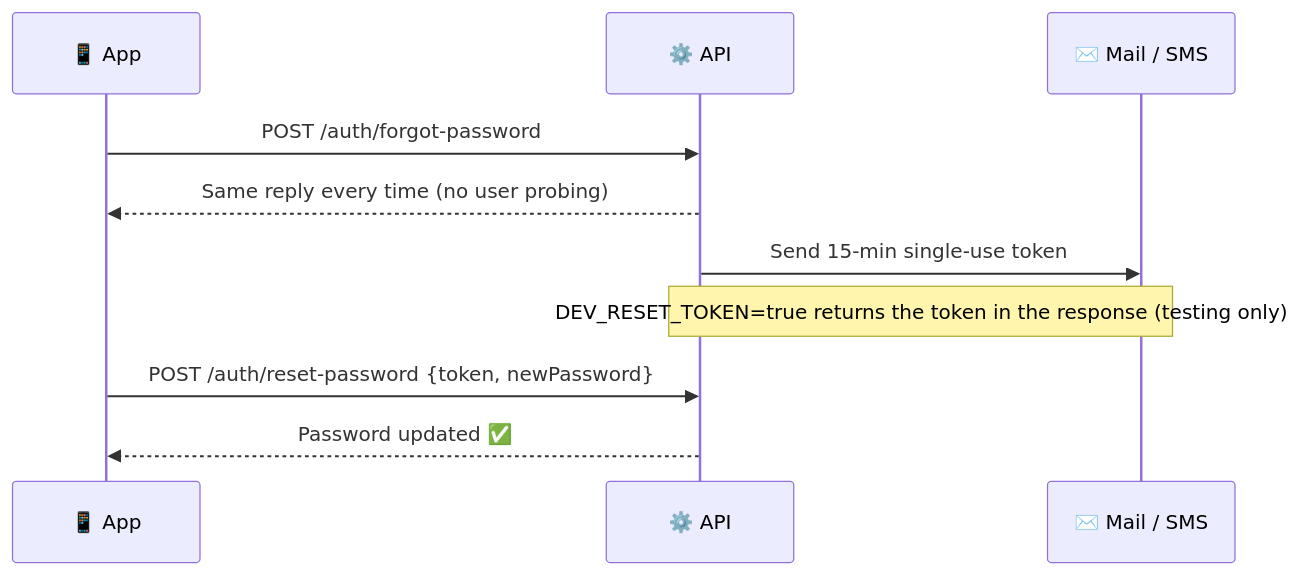
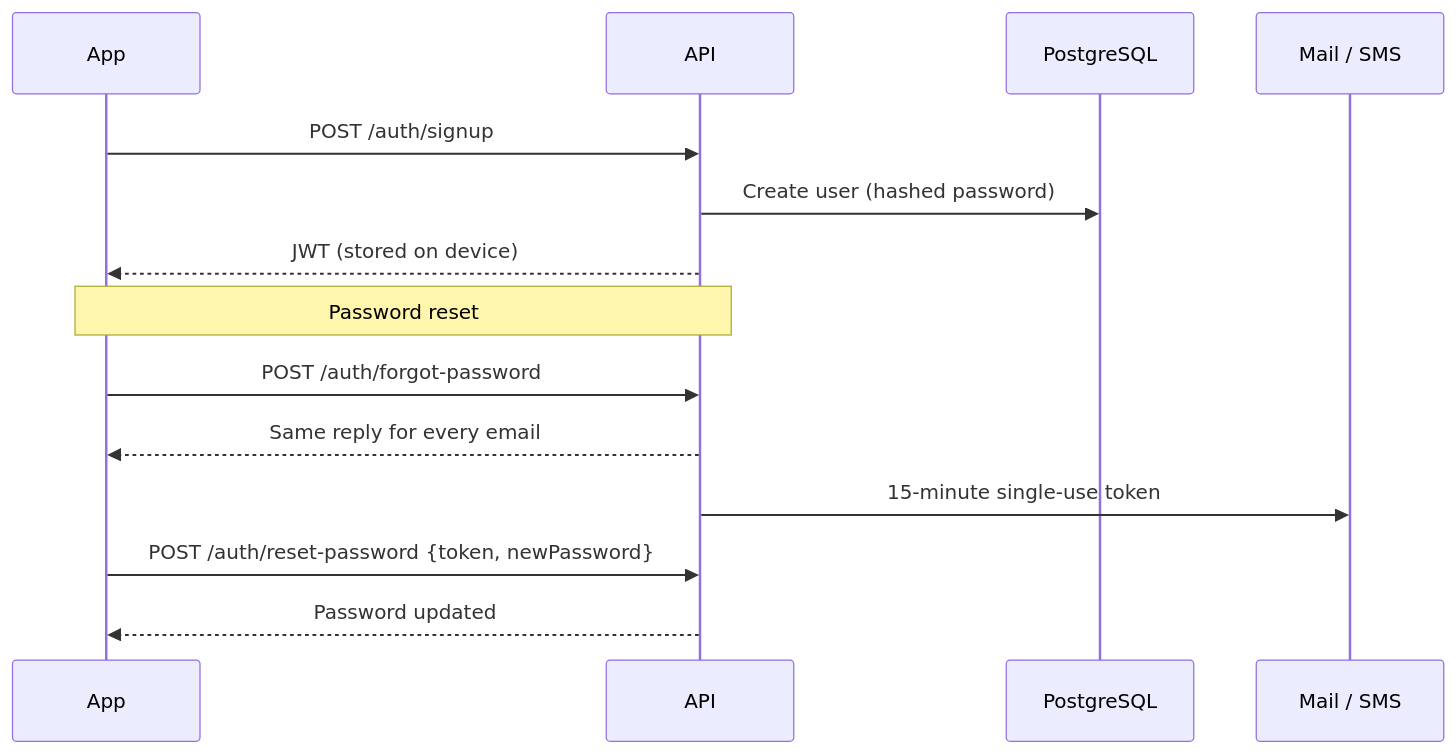
One commit to nyctophile-man/Sarvayuh changed the first of 5 diagrams in README.md. Above: the diagram before and after it, drawn with Mermaid. The commit also changed other lines of this file, not shown here.

````diff
--- a/README.md
+++ b/README.md
@@ -211,13 +124,18 @@
 ```mermaid
 sequenceDiagram
-    participant App as 📱 App
-    participant API as ⚙️ API
-    participant Mail as ✉️ Mail / SMS
+    participant App
+    participant API
+    participant DB as PostgreSQL
+    participant Mail as Mail / SMS
 
+    App->>API: POST /auth/signup
+    API->>DB: Create user (hashed password)
+    API-->>App: JWT (stored on device)
+
+    Note over App,API: Password reset
     App->>API: POST /auth/forgot-password
-    API-->>App: Same reply every time (no user probing)
-    API->>Mail: Send 15-min single-use token
-    Note over API,Mail: DEV_RESET_TOKEN=true returns the token in the response (testing only)
+    API-->>App: Same reply for every email
+    API->>Mail: 15-minute single-use token
     App->>API: POST /auth/reset-password {token, newPassword}
-    API-->>App: Password updated ✅
+    API-->>App: Password updated
 ```
````
